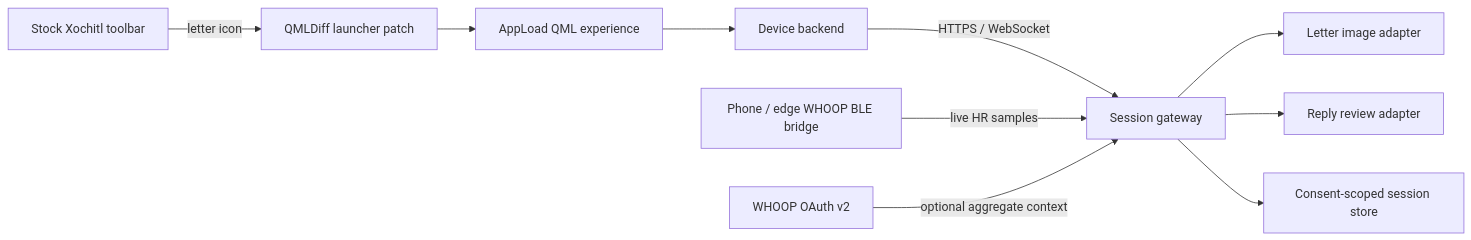
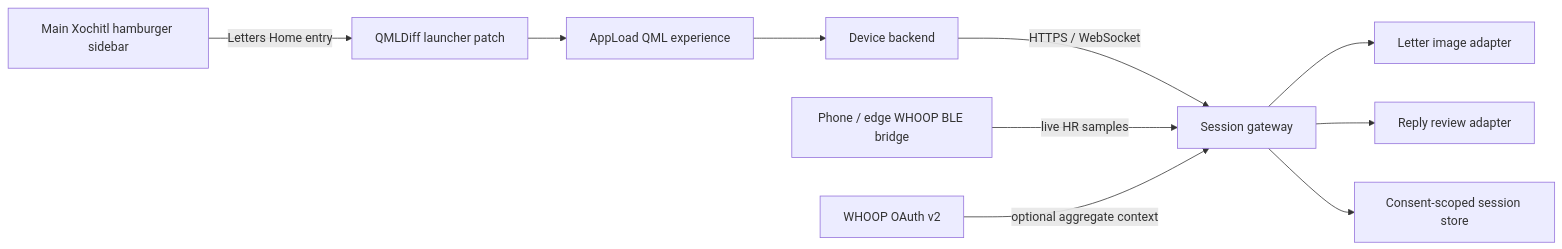
Before and after one commit to erniesg/if-letters-home-could-sing: the diagram in docs/architecture.md, drawn with Mermaid. The commit also changed other lines of this file and 17 other files, not shown here.

Commit message:
fix: move launcher to main library sidebar

````diff
--- a/docs/architecture.md
+++ b/docs/architecture.md
@@ -9,12 +12,12 @@
 ```mermaid
 flowchart LR
-    A["Stock Xochitl toolbar"] -->|"letter icon"| B["QMLDiff launcher patch"]
+    A["Main Xochitl hamburger sidebar"] -->|"Letters Home entry"| B["QMLDiff launcher patch"]
     B --> C["AppLoad QML experience"]
     C --> D["Device backend"]
     D -->|"HTTPS / WebSocket"| E["Session gateway"]
     E --> F["Letter image adapter"]
     E --> G["Reply review adapter"]
     H["Phone / edge WHOOP BLE bridge"] -->|"live HR samples"| E
     I["WHOOP OAuth v2"] -->|"optional aggregate context"| E
     E --> J["Consent-scoped session store"]
 ```
````
